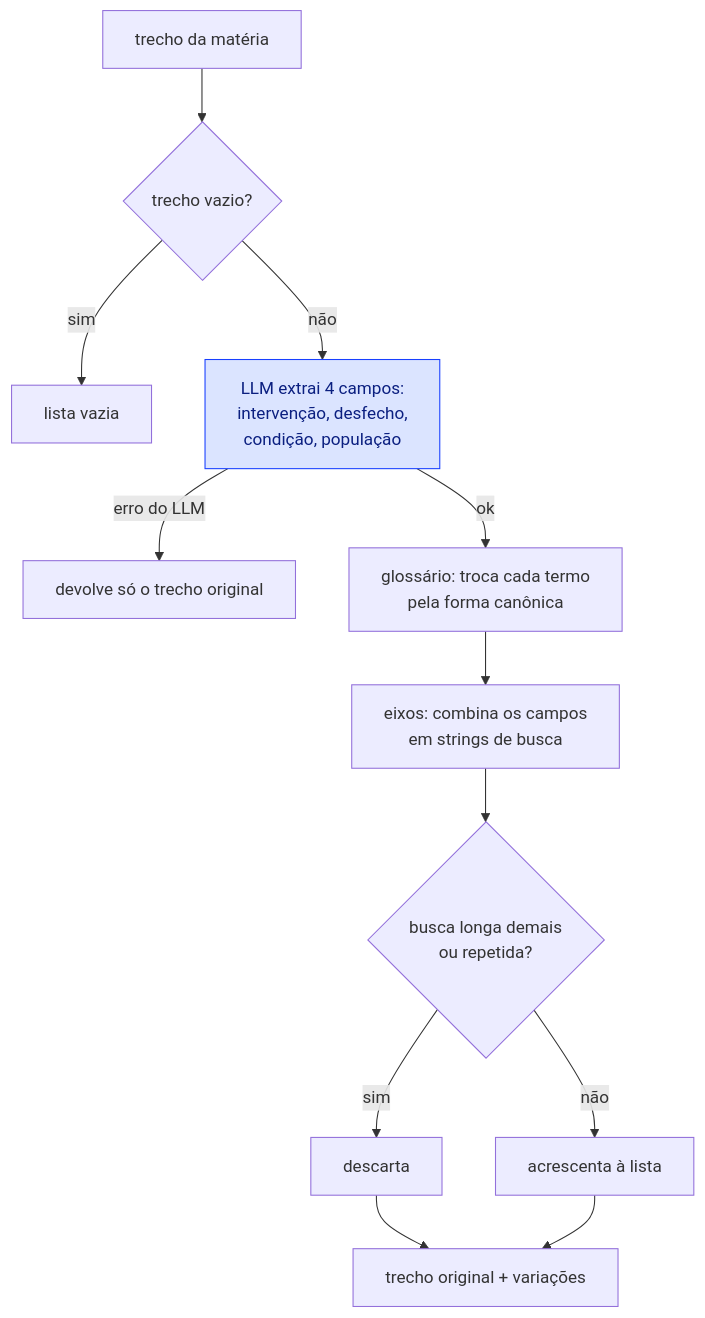
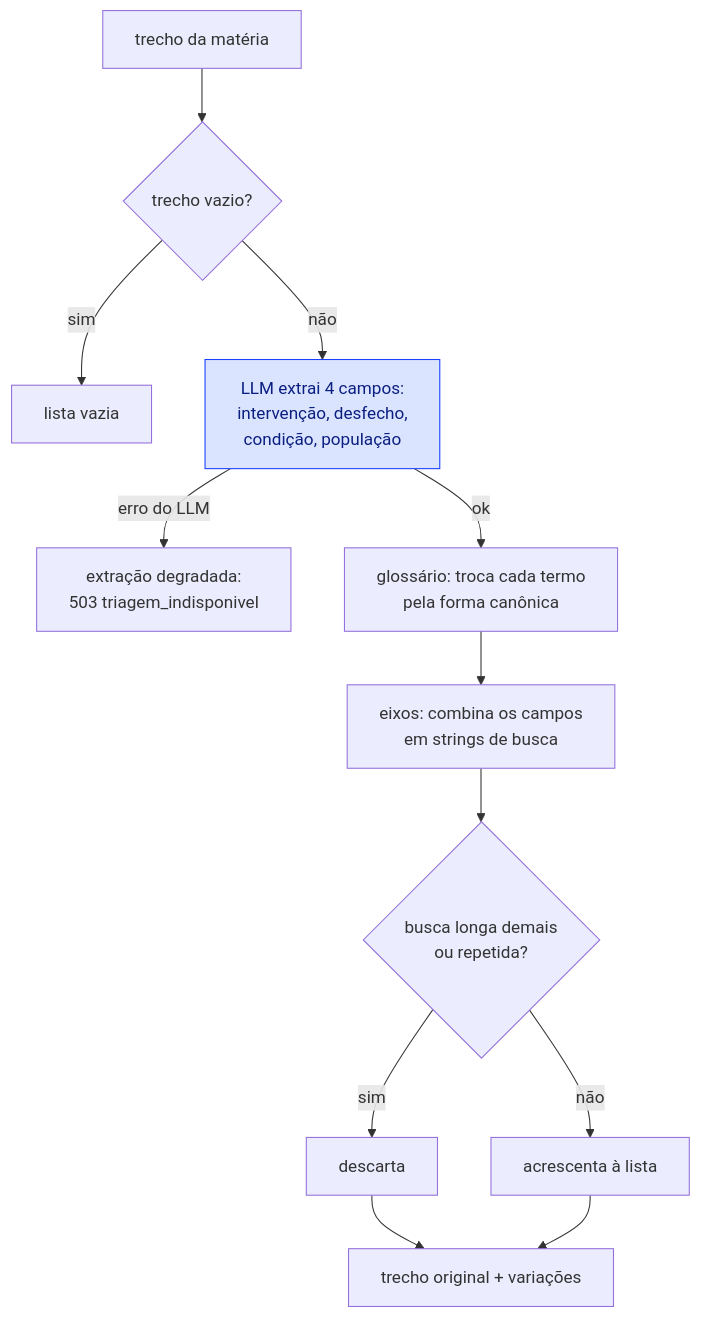
The fourth of 21 diagrams in docs/pages/fluxo_agentes.md (unb-Sistemas-de-Machine-learning/challenge_1_arial_12), drawn with Mermaid before and after one commit. The commit also changed other lines of this file and 18 other files, not shown here.

Commit message:
fix(verificar): recusa a triagem degradada em vez de nada_encontrado

````diff
--- a/docs/pages/fluxo_agentes.md
+++ b/docs/pages/fluxo_agentes.md
@@ -128,17 +128,17 @@
 ```mermaid
 flowchart TD
     A["trecho da matéria"] --> B{"trecho vazio?"}
     B -- sim --> Z1["lista vazia"]
     B -- não --> C["LLM extrai 4 campos:<br/>intervenção, desfecho,<br/>condição, população"]
-    C -- "erro do LLM" --> Z2["devolve só o trecho original"]
+    C -- "erro do LLM" --> Z2["extração degradada:<br/>503 triagem_indisponivel"]
     C -- ok --> D["glossário: troca cada termo<br/>pela forma canônica"]
     D --> E["eixos: combina os campos<br/>em strings de busca"]
     E --> F{"busca longa demais<br/>ou repetida?"}
     F -- sim --> G["descarta"]
     F -- não --> H["acrescenta à lista"]
     G --> I["trecho original + variações"]
     H --> I
 
     classDef llm fill:#dbe4ff,stroke:#183FFF,color:#0b1f80
     class C llm
 ```
````
